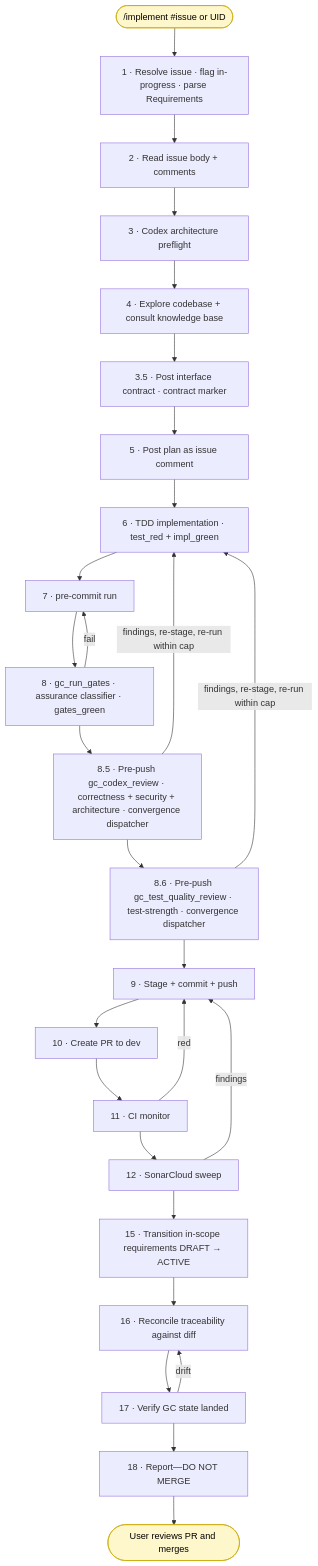
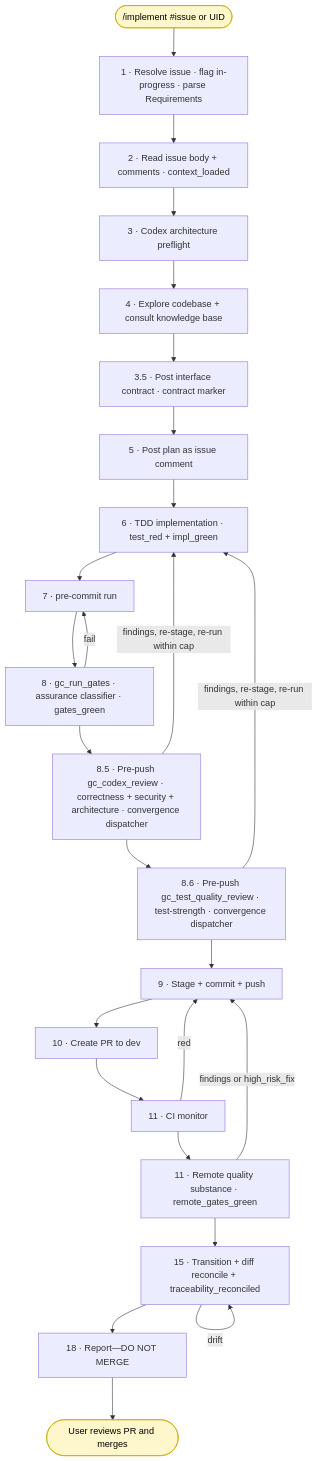
One commit to Brad-Edwards/Ground-Control changed the diagram in docs/DEVELOPMENT_WORKFLOW.md. Above: the diagram before and after it, drawn with Mermaid. The commit also changed other lines of this file and 29 other files, not shown here.

First line of the commit message:
feat(mcp): phase 5 context, traceability, remote-quality substance, telemetry

````diff
--- a/docs/DEVELOPMENT_WORKFLOW.md
+++ b/docs/DEVELOPMENT_WORKFLOW.md
@@ -397,55 +409,51 @@
 ```mermaid
 flowchart TB
   Start([/implement #issue or UID])
   S1[1 · Resolve issue · flag in-progress · parse Requirements]
-  S2[2 · Read issue body + comments]
+  S2[2 · Read issue body + comments · context_loaded]
   S3[3 · Codex architecture preflight]
   S4[4 · Explore codebase + consult knowledge base]
   S4b[3.5 · Post interface contract · contract marker]
   S5[5 · Post plan as issue comment]
   S6[6 · TDD implementation · test_red + impl_green]
   S7[7 · pre-commit run]
   S8[8 · gc_run_gates · assurance classifier · gates_green]
   S8b[8.5 · Pre-push gc_codex_review · correctness + security + architecture · convergence dispatcher]
   S8c[8.6 · Pre-push gc_test_quality_review · test-strength · convergence dispatcher]
   S9[9 · Stage + commit + push]
   S10[10 · Create PR to dev]
   S11[11 · CI monitor]
-  S12[12 · SonarCloud sweep]
-  S15[15 · Transition in-scope requirements DRAFT → ACTIVE]
-  S16[16 · Reconcile traceability against diff]
-  S17[17 · Verify GC state landed]
+  S12[11 · Remote quality substance · remote_gates_green]
+  S15[15 · Transition + diff reconcile + traceability_reconciled]
   S18[18 · Report—DO NOT MERGE]
   End([User reviews PR and merges])
 
   Start --> S1
   S1 --> S2
   S2 --> S3
   S3 --> S4
   S4 --> S4b
   S4b --> S5
   S5 --> S6
   S6 --> S7
   S7 --> S8
   S8 --> S8b
   S8b --> S8c
   S8c --> S9
   S9 --> S10
   S10 --> S11
   S11 --> S12
   S12 --> S15
-  S15 --> S16
-  S16 --> S17
-  S17 --> S18
+  S15 --> S18
   S18 --> End
 
   S8 -->|fail| S7
   S8b -->|findings, re-stage, re-run within cap| S6
   S8c -->|findings, re-stage, re-run within cap| S6
   S11 -->|red| S9
-  S12 -->|findings| S9
-  S17 -->|drift| S16
+  S12 -->|findings or high_risk_fix| S9
+  S15 -->|drift| S15
 
   classDef user fill:#fff7cc,stroke:#c9a900,color:#000
   class Start,End user
 ```
````
